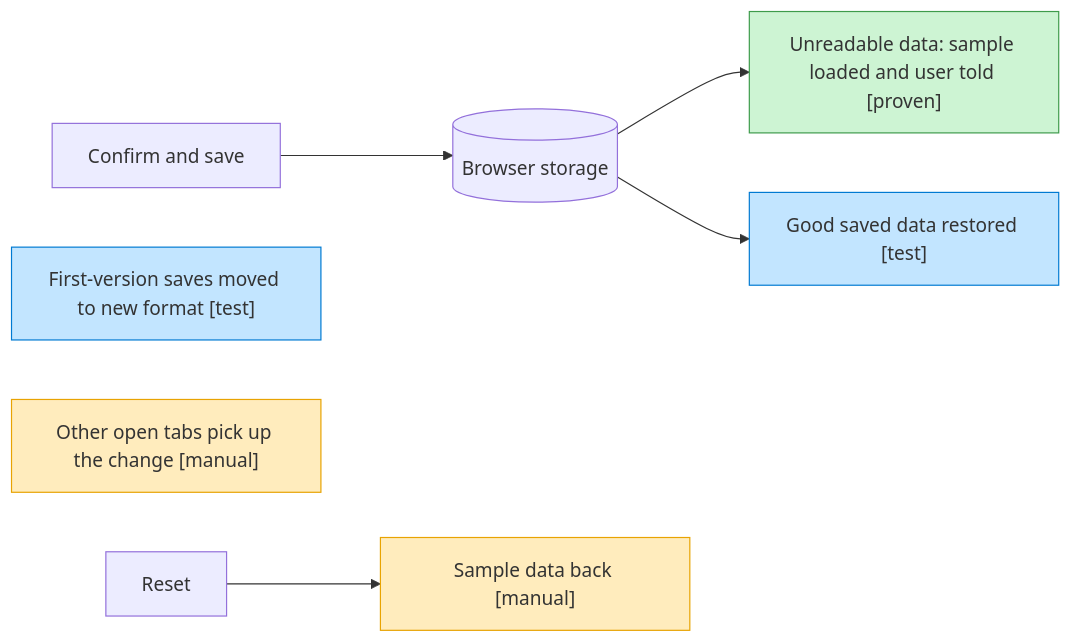
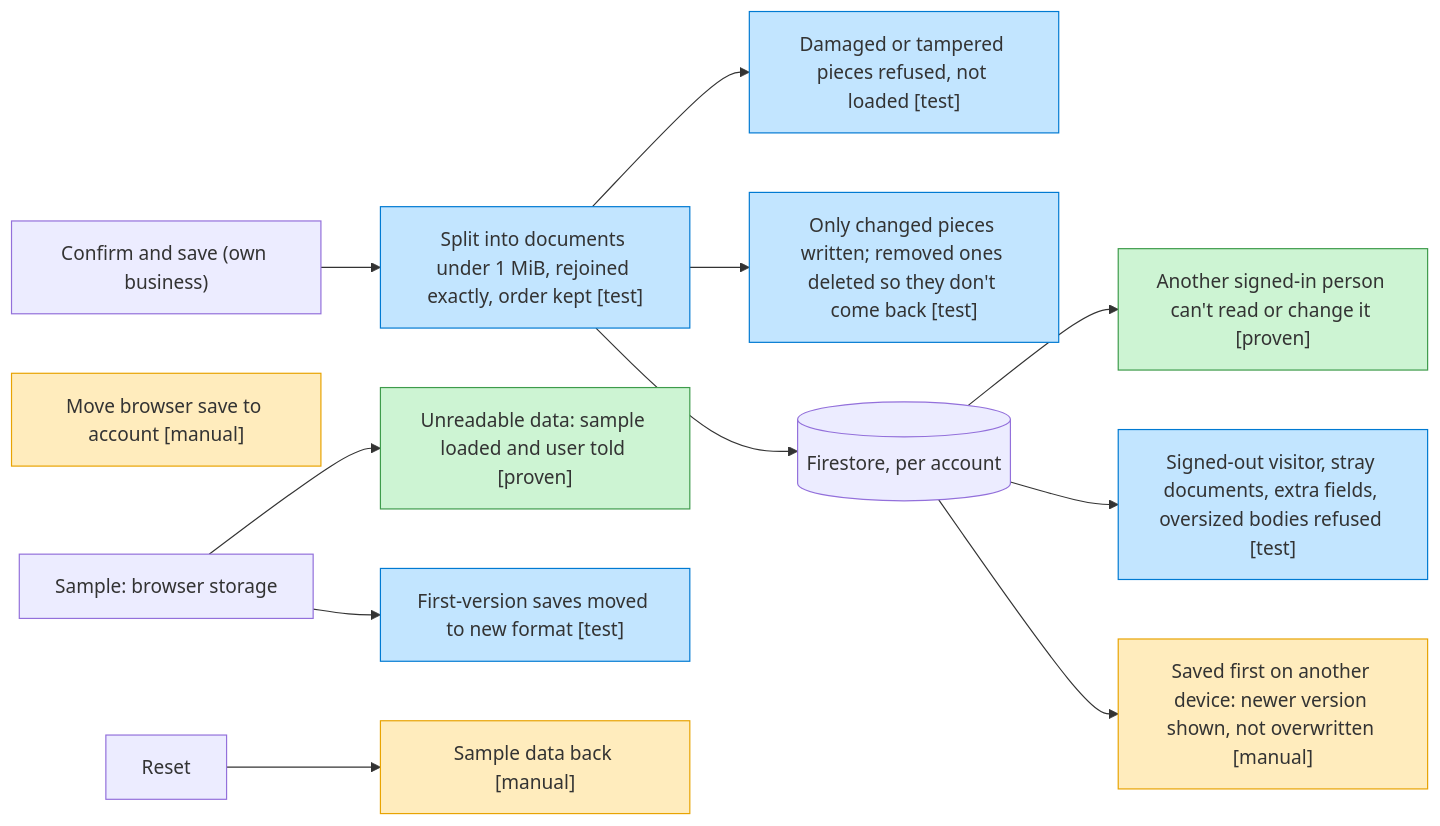
The fifth of 7 diagrams in docs/07-bug-map.md (gouravhanumante/rehearsal-ai-builder-cup), drawn with Mermaid before and after one commit. The commit also changed other lines of this file and 25 other files, not shown here.

Commit message:
Own business saved per Google account in Firestore: Google sign-in, move a browser save to the account, owner-only rules tested on the emulator and deployed; sample stays no-signup in the browser

````diff
--- a/docs/07-bug-map.md
+++ b/docs/07-bug-map.md
@@ -109,15 +109,20 @@
 ```mermaid
 flowchart LR
-  s["Confirm and save"] --> ls[("Browser storage")]
-  ls --> bad["Unreadable data: sample loaded and user told [proven]"]
-  ls --> ok["Good saved data restored [test]"]
-  v1["First-version saves moved to new format [test]"]
-  tabs["Other open tabs pick up the change [manual]"]
+  s["Confirm and save (own business)"] --> sp["Split into documents under 1 MiB, rejoined exactly, order kept [test]"]
+  sp --> dmg["Damaged or tampered pieces refused, not loaded [test]"]
+  sp --> only["Only changed pieces written; removed ones deleted so they don't come back [test]"]
+  sp --> fs[("Firestore, per account")]
+  fs --> own["Another signed-in person can't read or change it [proven]"]
+  fs --> anon["Signed-out visitor, stray documents, extra fields, oversized bodies refused [test]"]
+  fs --> two["Saved first on another device: newer version shown, not overwritten [manual]"]
+  mv["Move browser save to account [manual]"]
+  d["Sample: browser storage"] --> bad["Unreadable data: sample loaded and user told [proven]"]
+  d --> v1["First-version saves moved to new format [test]"]
   rs["Reset"] --> seed["Sample data back [manual]"]
   classDef proven fill:#CDF4D3,stroke:#3E9B4B
   classDef test fill:#C2E5FF,stroke:#007AD2
   classDef manual fill:#FFECBD,stroke:#E8A302
-  class bad proven
-  class ok,v1 test
-  class tabs,seed manual
+  class own,bad proven
+  class sp,dmg,only,anon,v1 test
+  class two,mv,seed manual
 ```
````
